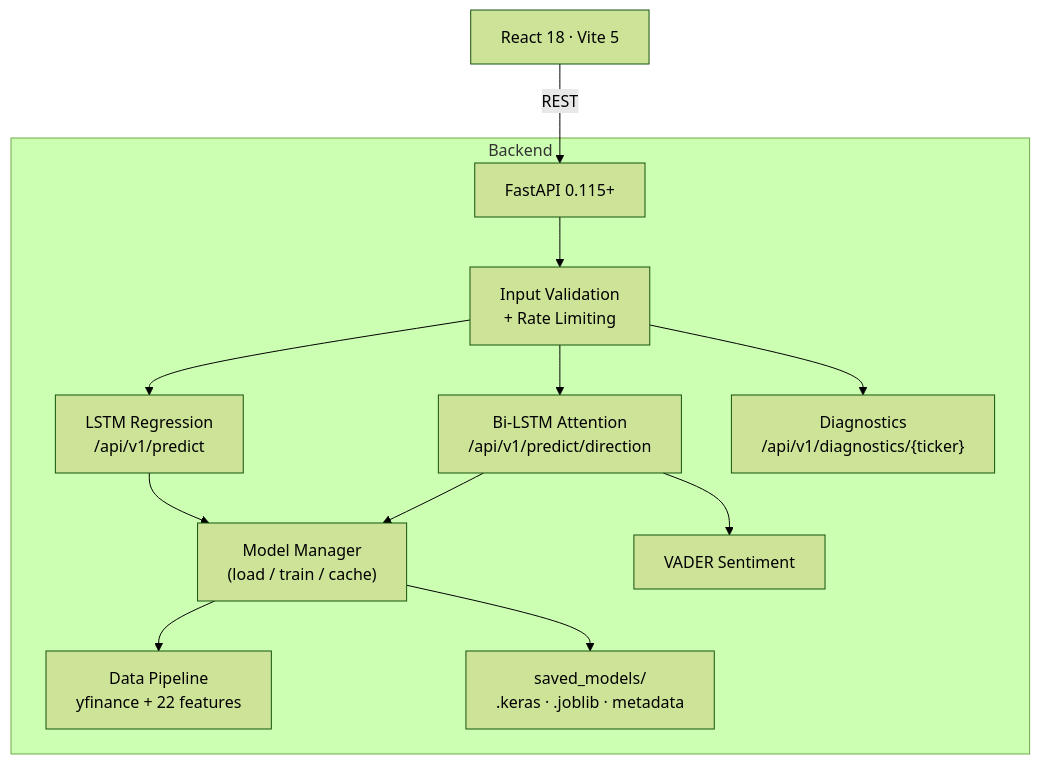
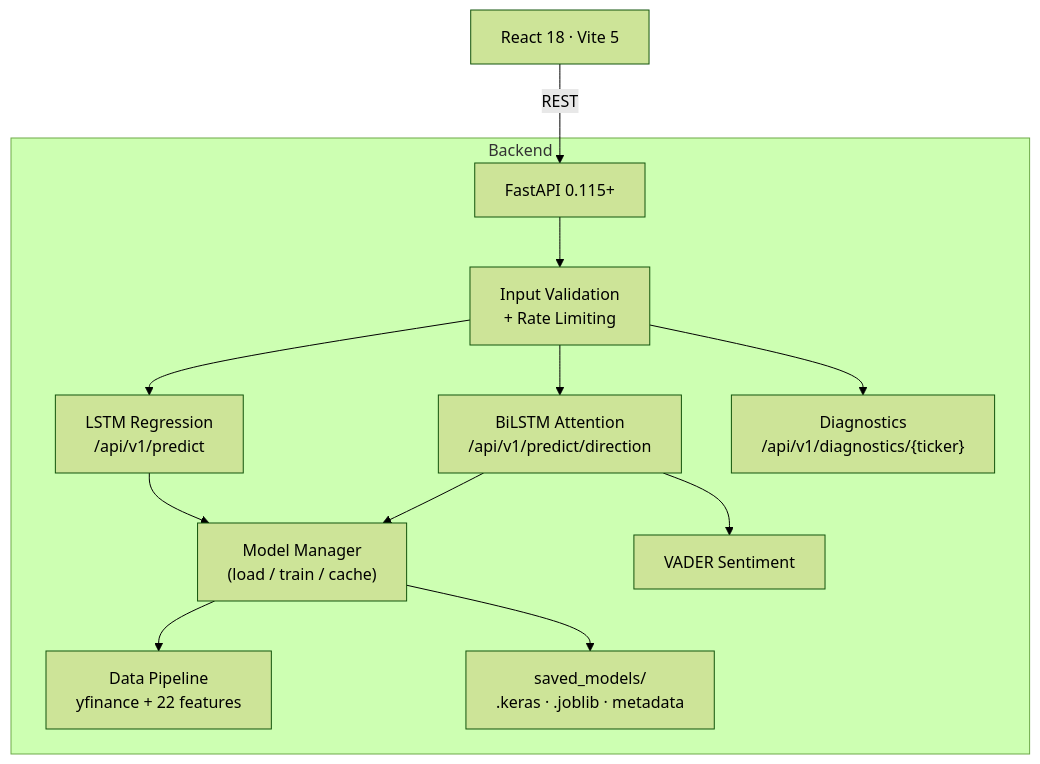
The first of 4 diagrams in README.md (AnasBabari/stock-predictor-lstm), drawn with Mermaid (forest theme) before and after one commit. The commit also changed other lines of this file and 8 other files, not shown here.

````diff
--- a/README.md
+++ b/README.md
@@ -54,15 +116,15 @@
 ```mermaid
 graph TD
     Browser["React 18 · Vite 5"] -->|REST| API["FastAPI 0.115+"]
 
     subgraph Backend
         API --> Val["Input Validation\n+ Rate Limiting"]
         Val --> Price["LSTM Regression\n/api/v1/predict"]
-        Val --> Dir["Bi-LSTM Attention\n/api/v1/predict/direction"]
+        Val --> Dir["BiLSTM Attention\n/api/v1/predict/direction"]
         Val --> Diag["Diagnostics\n/api/v1/diagnostics/{ticker}"]
         Price & Dir --> MM["Model Manager\n(load / train / cache)"]
         MM --> DP["Data Pipeline\nyfinance + 22 features"]
         MM --> Disk["saved_models/\n.keras · .joblib · metadata"]
         Dir --> News["VADER Sentiment"]
     end
 ```
````
